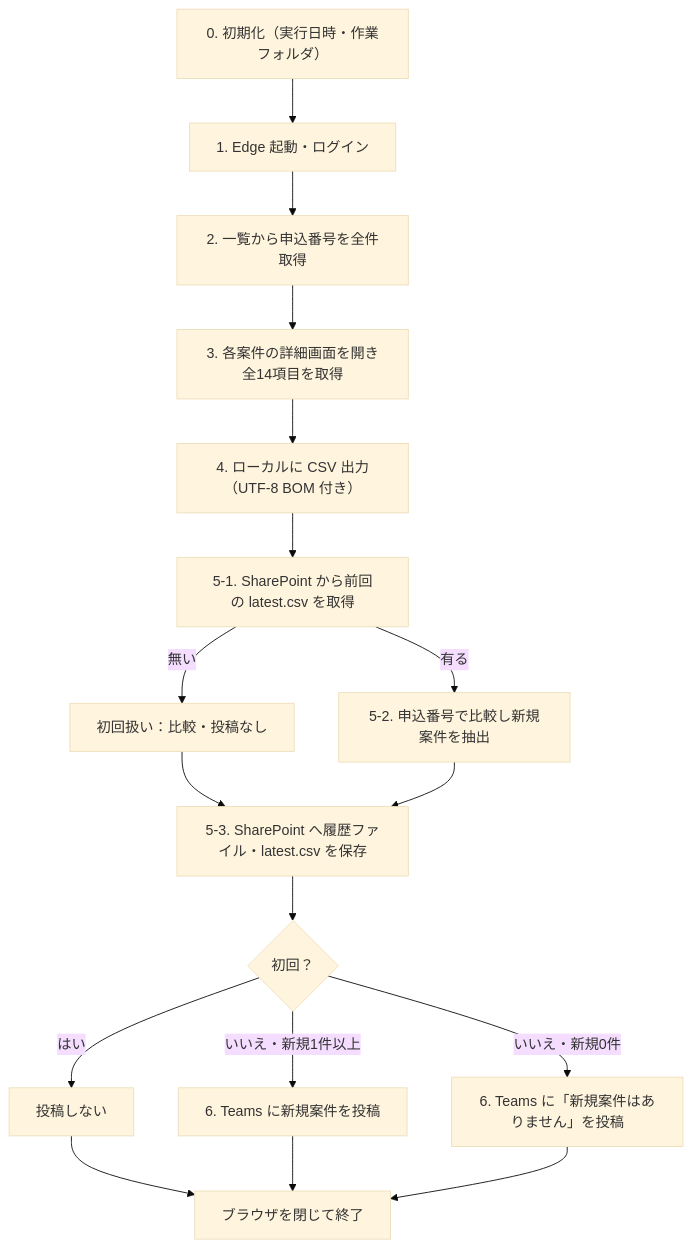
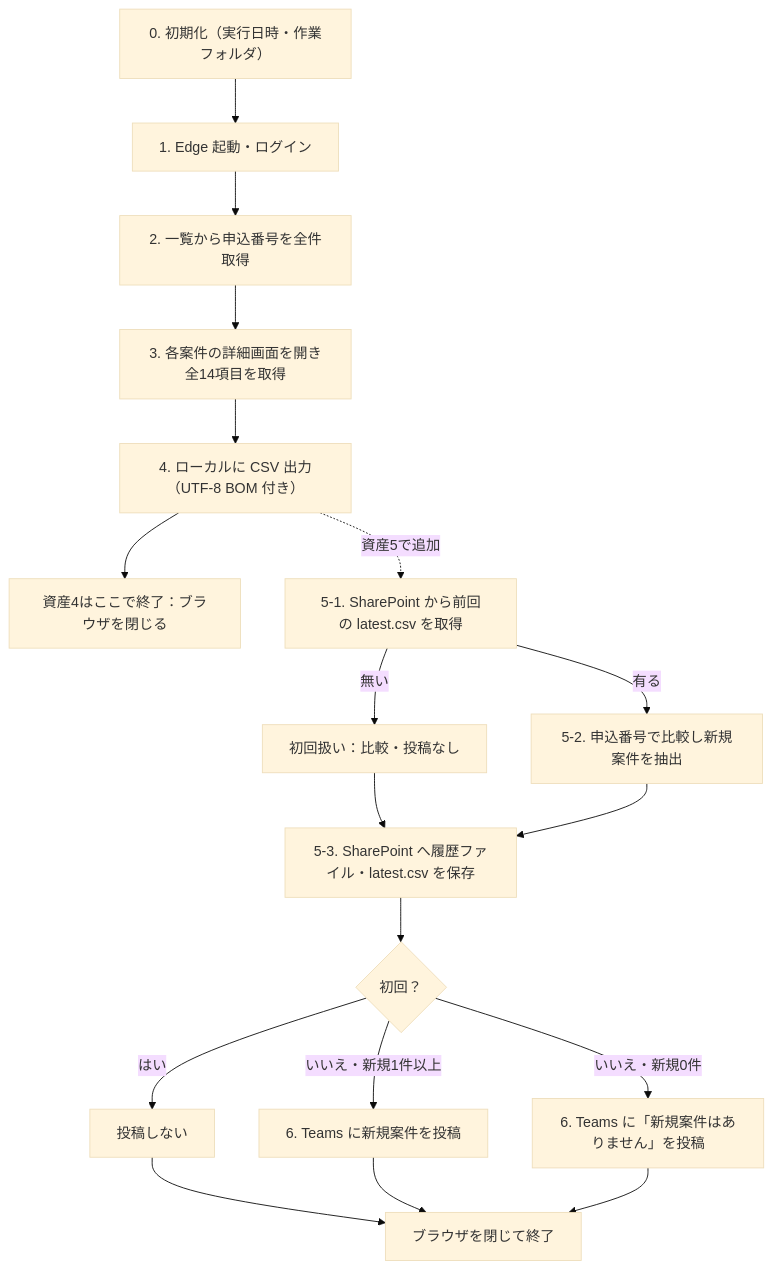
Before and after one commit to nishizawa8211/demo: the diagram in docs/flow.md, drawn with Mermaid (base theme). The commit also changed other lines of this file and 5 other files, not shown here.

````diff
--- a/docs/flow.md
+++ b/docs/flow.md
@@ -23,19 +36,20 @@
 ```mermaid
 flowchart TD
     A["0. 初期化（実行日時・作業フォルダ）"] --> B["1. Edge 起動・ログイン"]
     B --> C["2. 一覧から申込番号を全件取得"]
     C --> D["3. 各案件の詳細画面を開き全14項目を取得"]
     D --> E["4. ローカルに CSV 出力（UTF-8 BOM 付き）"]
-    E --> F["5-1. SharePoint から前回の latest.csv を取得"]
+    E --> Z0["資産4はここで終了：ブラウザを閉じる"]
+    E -.->|"資産5で追加"| F["5-1. SharePoint から前回の latest.csv を取得"]
     F -->|"無い"| G1["初回扱い：比較・投稿なし"]
     F -->|"有る"| H["5-2. 申込番号で比較し新規案件を抽出"]
     G1 --> I["5-3. SharePoint へ履歴ファイル・latest.csv を保存"]
     H --> I
     I --> J{"初回？"}
     J -->|"はい"| K["投稿しない"]
     J -->|"いいえ・新規1件以上"| L["6. Teams に新規案件を投稿"]
     J -->|"いいえ・新規0件"| M["6. Teams に「新規案件はありません」を投稿"]
     K --> Z["ブラウザを閉じて終了"]
     L --> Z
     M --> Z
 ```
````
